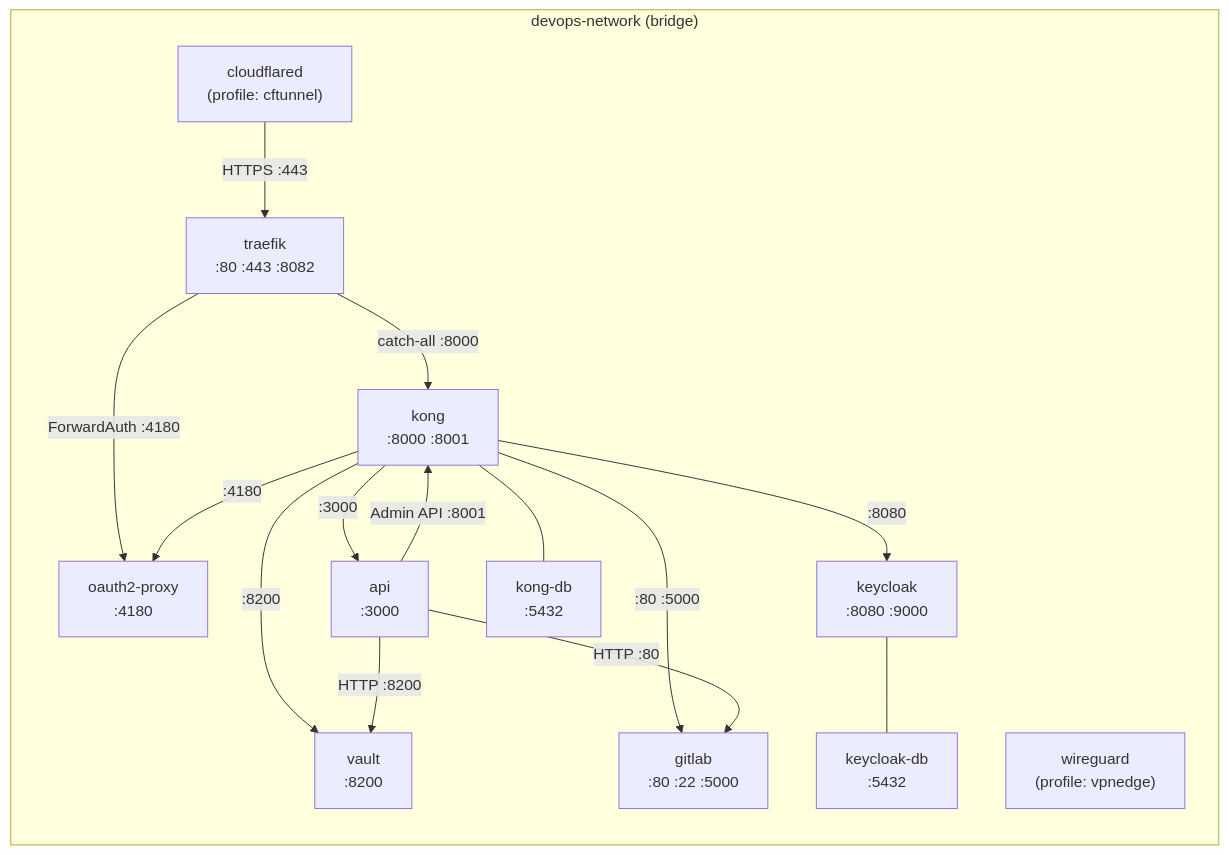
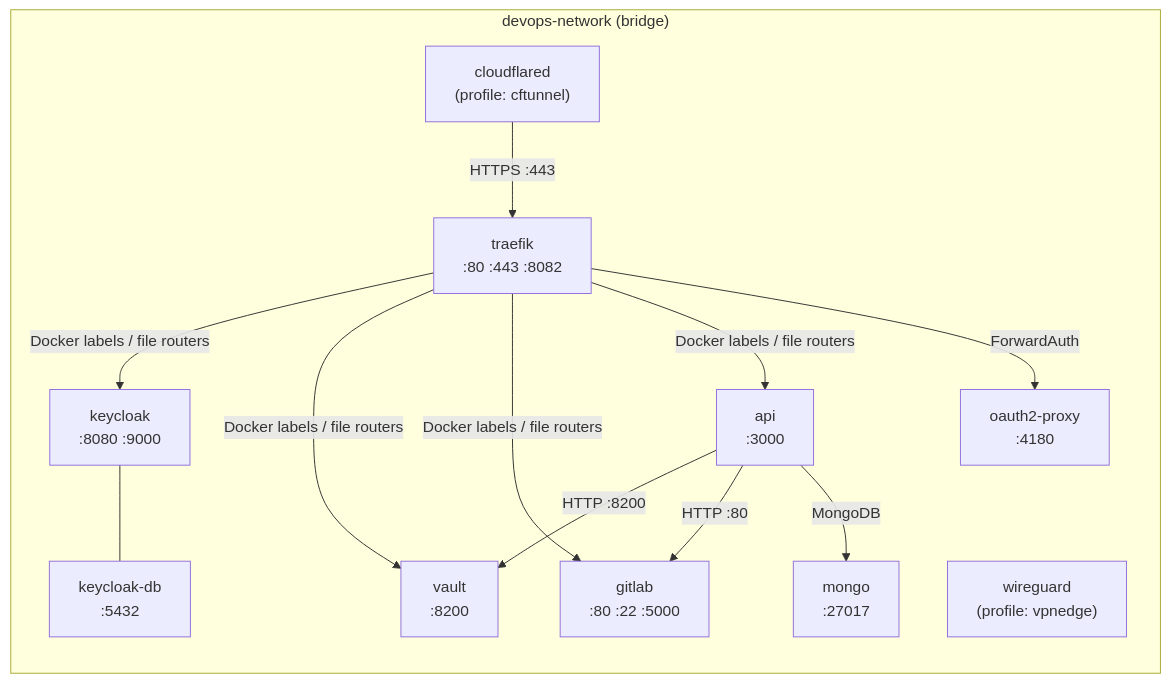
The first of 3 diagrams in __DOCS__/99_maintainers/05_networking.md (astarx-studio/devsecops-platform), drawn with Mermaid before and after one commit. The commit also changed other lines of this file and 109 other files, not shown here.

````diff
--- a/__DOCS__/99_maintainers/05_networking.md
+++ b/__DOCS__/99_maintainers/05_networking.md
@@ -13,30 +13,26 @@
 ```mermaid
 graph LR
     subgraph devops_network ["devops-network (bridge)"]
         traefik["traefik\n:80 :443 :8082"]
-        kong["kong\n:8000 :8001"]
+        mongo["mongo\n:27017"]
         keycloak["keycloak\n:8080 :9000"]
         vault["vault\n:8200"]
         gitlab["gitlab\n:80 :22 :5000"]
         api["api\n:3000"]
         oauth2proxy["oauth2-proxy\n:4180"]
         cloudflared["cloudflared\n(profile: cftunnel)"]
         wireguard["wireguard\n(profile: vpnedge)"]
-        pgkong["kong-db\n:5432"]
         pgkc["keycloak-db\n:5432"]
     end
 
-    traefik -->|"catch-all :8000"| kong
-    traefik -->|"ForwardAuth :4180"| oauth2proxy
-    kong -->|":8080"| keycloak
-    kong -->|":8200"| vault
-    kong -->|":80 :5000"| gitlab
-    kong -->|":3000"| api
-    kong -->|":4180"| oauth2proxy
-    kong --- pgkong
+    traefik -->|"Docker labels / file routers"| keycloak
+    traefik -->|"Docker labels / file routers"| vault
+    traefik -->|"Docker labels / file routers"| gitlab
+    traefik -->|"Docker labels / file routers"| api
+    traefik -->|"ForwardAuth"| oauth2proxy
     keycloak --- pgkc
-    api -->|"Admin API :8001"| kong
     api -->|"HTTP :8200"| vault
     api -->|"HTTP :80"| gitlab
+    api -->|"MongoDB"| mongo
     cloudflared -->|"HTTPS :443"| traefik
 ```
````
